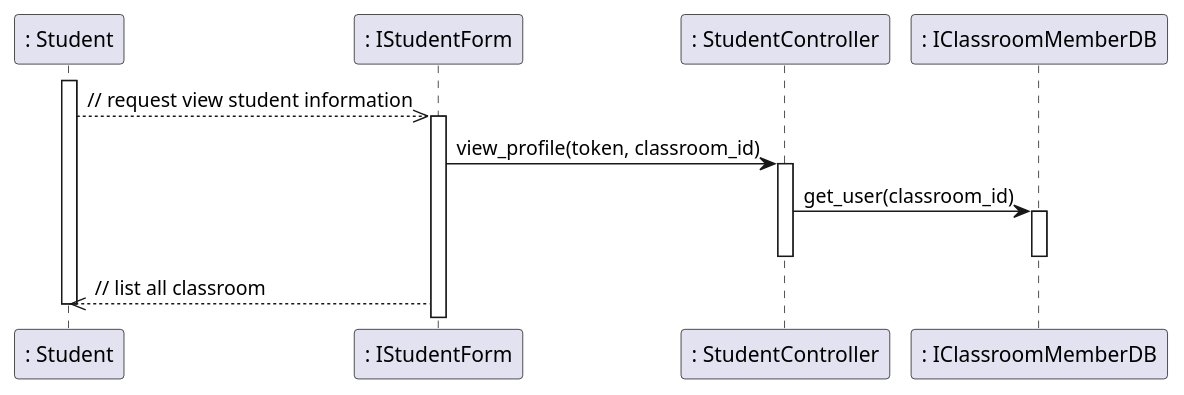
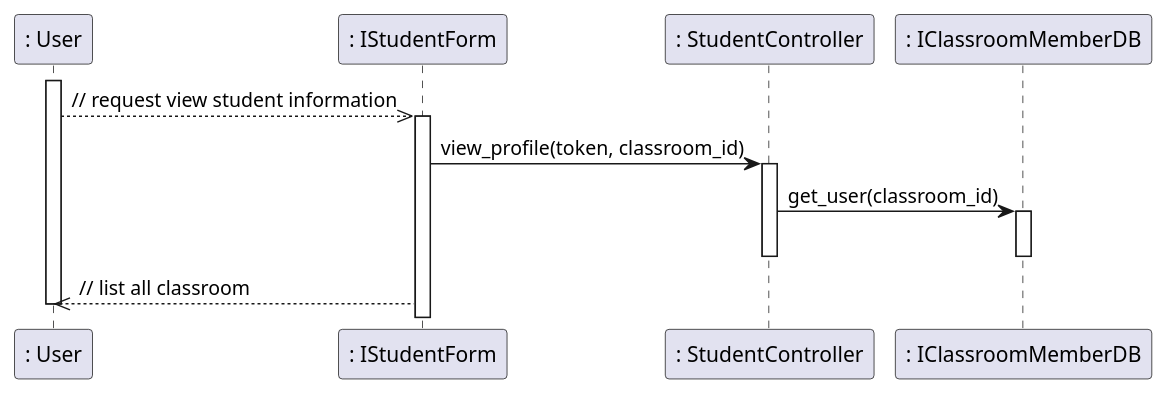
Before and after one commit to anonyhostvn/OOAD-Diagram: the diagram in sequence - design/student/viewStudent.plantuml, drawn with PlantUML. The commit also changed 22 other files, not shown here.

```diff
--- a/sequence - design/student/viewStudent.plantuml
+++ b/sequence - design/student/viewStudent.plantuml
@@ -1,14 +1,14 @@
 @startuml viewStudent
-activate ": Student"
-": Student" -->> ": IStudentForm": // request view student information
+activate ": User"
+": User" -->> ": IStudentForm": // request view student information
 activate ": IStudentForm"
 ": IStudentForm" -> ": StudentController": view_profile(token, classroom_id)
 activate ": StudentController"
 ": StudentController" -> ": IClassroomMemberDB": get_user(classroom_id)
 activate ": IClassroomMemberDB"
 deactivate ": IClassroomMemberDB"
 deactivate ": StudentController"
-": IStudentForm" -->> ": Student": // list all classroom
-deactivate ": Student"
+": IStudentForm" -->> ": User": // list all classroom
+deactivate ": User"
 
 @enduml
```
